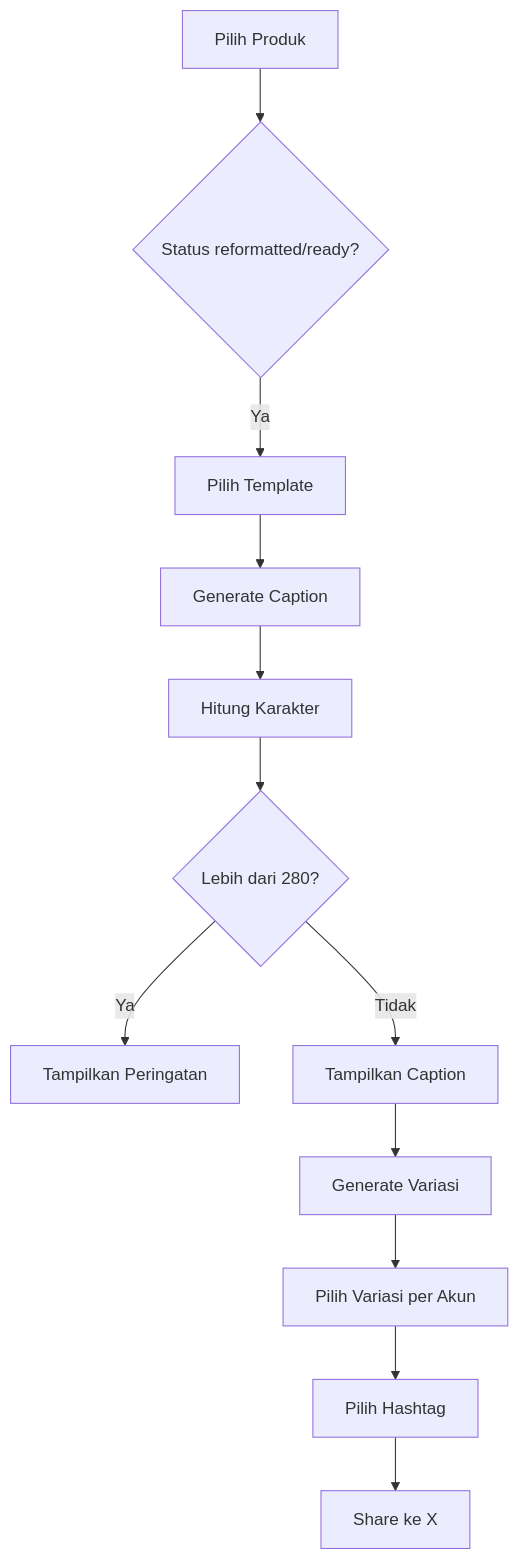
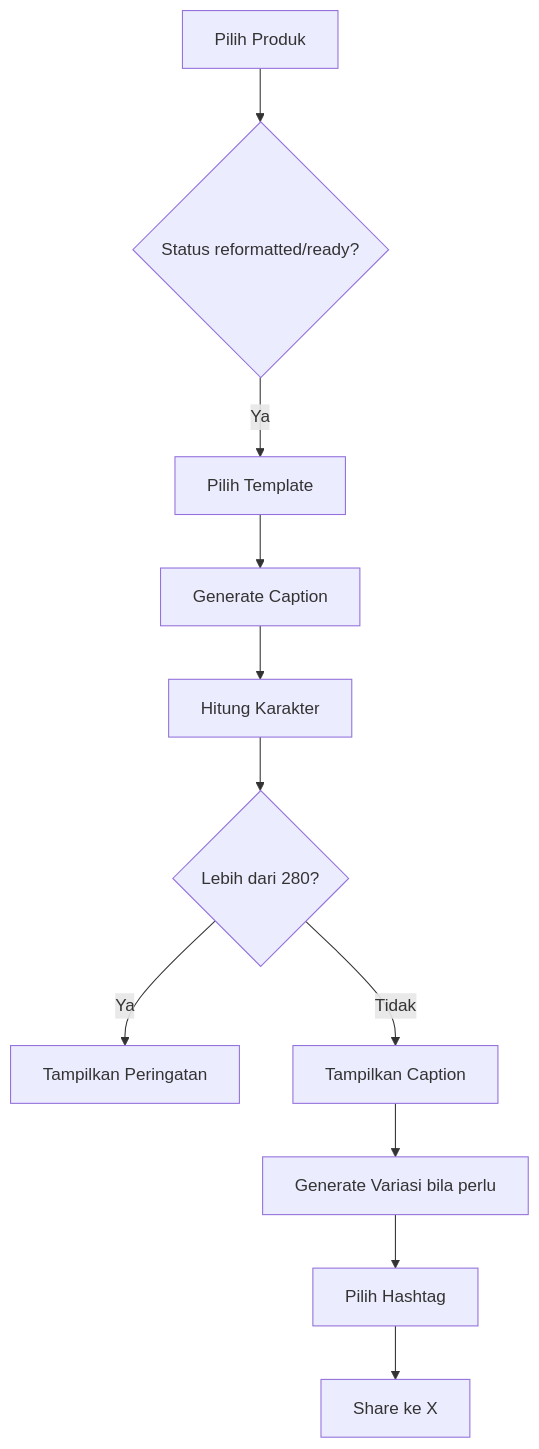
One commit to nunutech40/affilatorshopee changed the third of 5 diagrams in PRD.md. Above: the diagram before and after it, drawn with Mermaid. The commit also changed other lines of this file and 6 other files, not shown here.

````diff
--- a/PRD.md
+++ b/PRD.md
@@ -95,14 +93,13 @@
 ```mermaid
 flowchart TD
     A[Pilih Produk] --> B{Status reformatted/ready?}
     B -->|Ya| C[Pilih Template]
     C --> D[Generate Caption]
     D --> E[Hitung Karakter]
     E --> F{Lebih dari 280?}
     F -->|Ya| G[Tampilkan Peringatan]
     F -->|Tidak| H[Tampilkan Caption]
-    H --> I[Generate Variasi]
-    I --> J[Pilih Variasi per Akun]
-    J --> K[Pilih Hashtag]
-    K --> L[Share ke X]
+    H --> I[Generate Variasi bila perlu]
+    I --> J[Pilih Hashtag]
+    J --> K[Share ke X]
 ```
````
